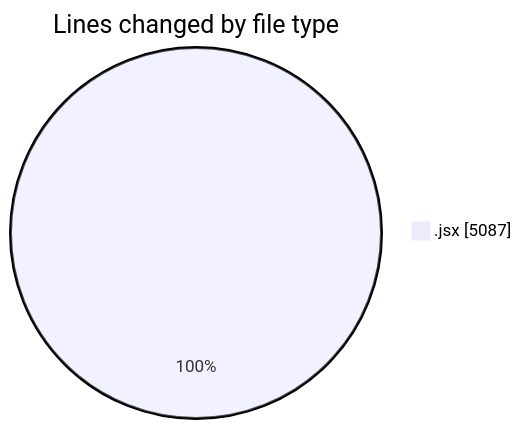
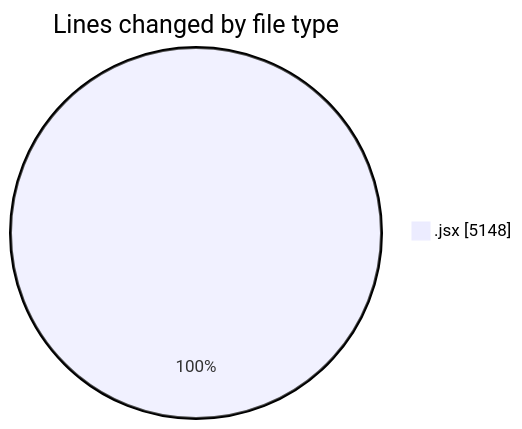
Before and after one commit to nxtqubesakshisongat/code-tracking: the first of 2 diagrams in 2025-10-07/nxtqube_webapp/README.md, drawn with Mermaid. The commit also changed other lines of this file and 1 other file, not shown here.

````diff
--- a/2025-10-07/nxtqube_webapp/README.md
+++ b/2025-10-07/nxtqube_webapp/README.md
@@ -23,5 +23,5 @@
 ```mermaid
 pie showData
 title Lines changed by file type
-".jsx" : 5087
+".jsx" : 5148
 ```
````
